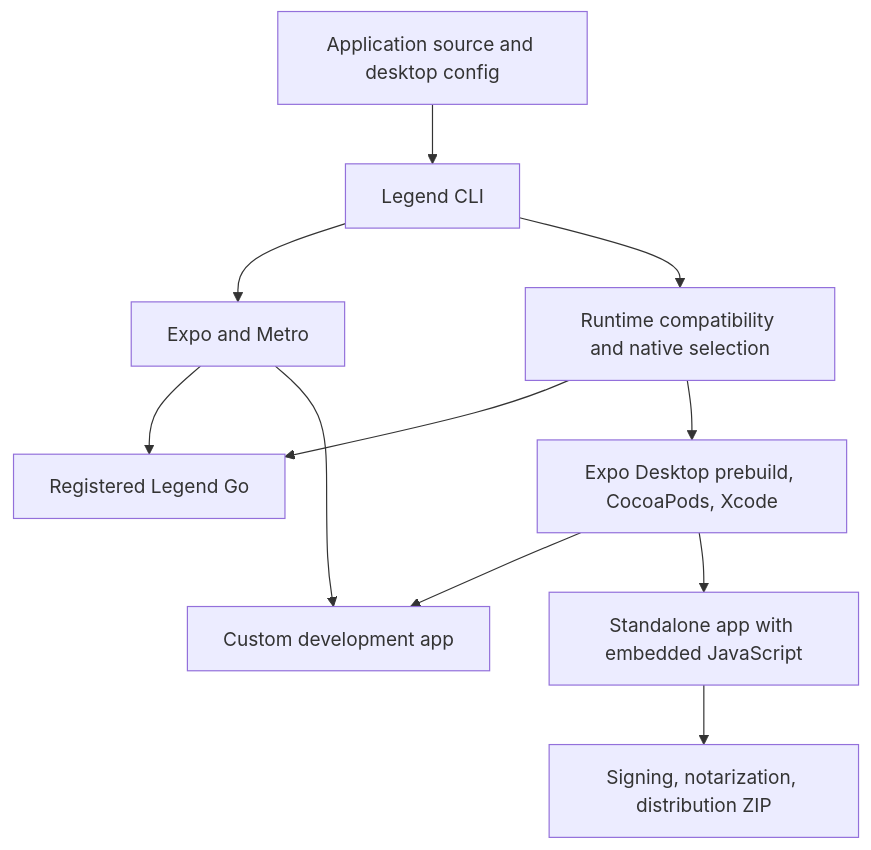
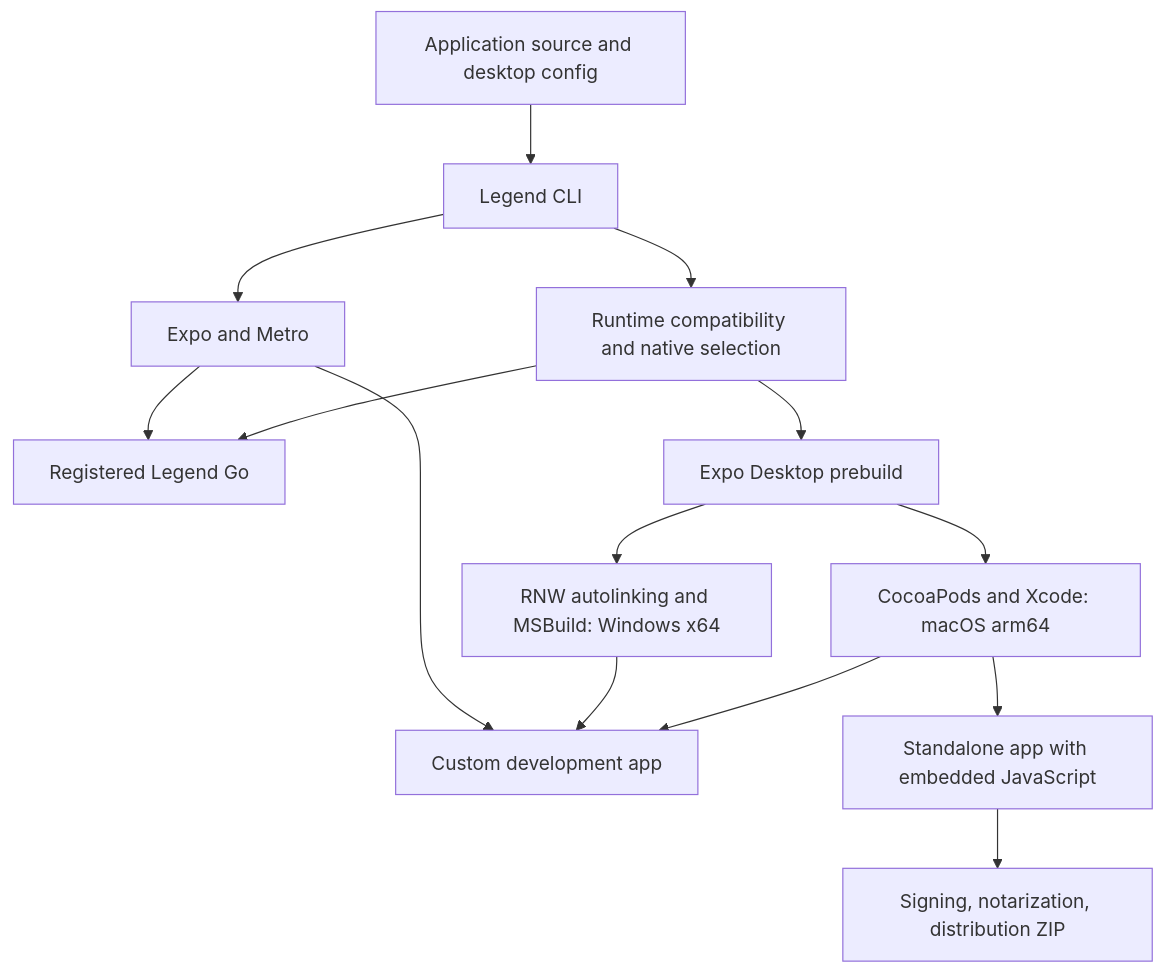
The diagram in ARCHITECTURE.md (LegendApp/legend-frame), drawn with Mermaid before and after one commit. The commit also changed other lines of this file and 43 other files, not shown here.

First line of the commit message:
feat: integrate Windows development into the shared framework workflow

````diff
--- a/ARCHITECTURE.md
+++ b/ARCHITECTURE.md
@@ -20,13 +20,16 @@
 ```mermaid
 flowchart TD
   App[Application source and desktop config] --> CLI[Legend CLI]
   CLI --> Metro[Expo and Metro]
   CLI --> Check[Runtime compatibility and native selection]
   Check --> Go[Registered Legend Go]
-  Check --> Build[Expo Desktop prebuild, CocoaPods, Xcode]
-  Build --> Dev[Custom development app]
-  Build --> Release[Standalone app with embedded JavaScript]
+  Check --> Build[Expo Desktop prebuild]
+  Build --> Mac[CocoaPods and Xcode: macOS arm64]
+  Build --> Win[RNW autolinking and MSBuild: Windows x64]
+  Mac --> Dev[Custom development app]
+  Win --> Dev
+  Mac --> Release[Standalone app with embedded JavaScript]
   Metro --> Go
   Metro --> Dev
   Release --> Package[Signing, notarization, distribution ZIP]
 ```
````
